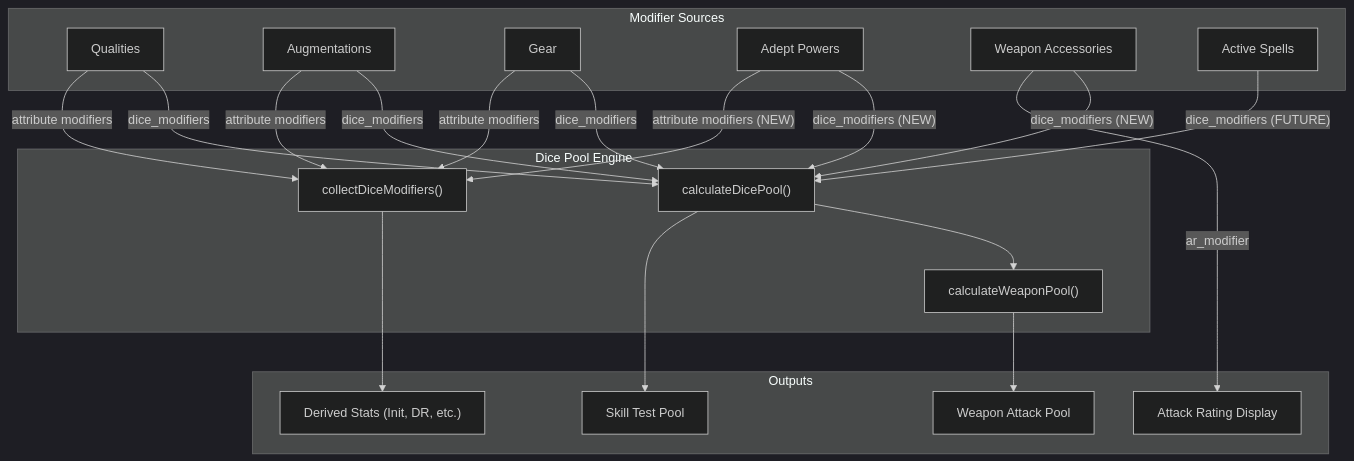
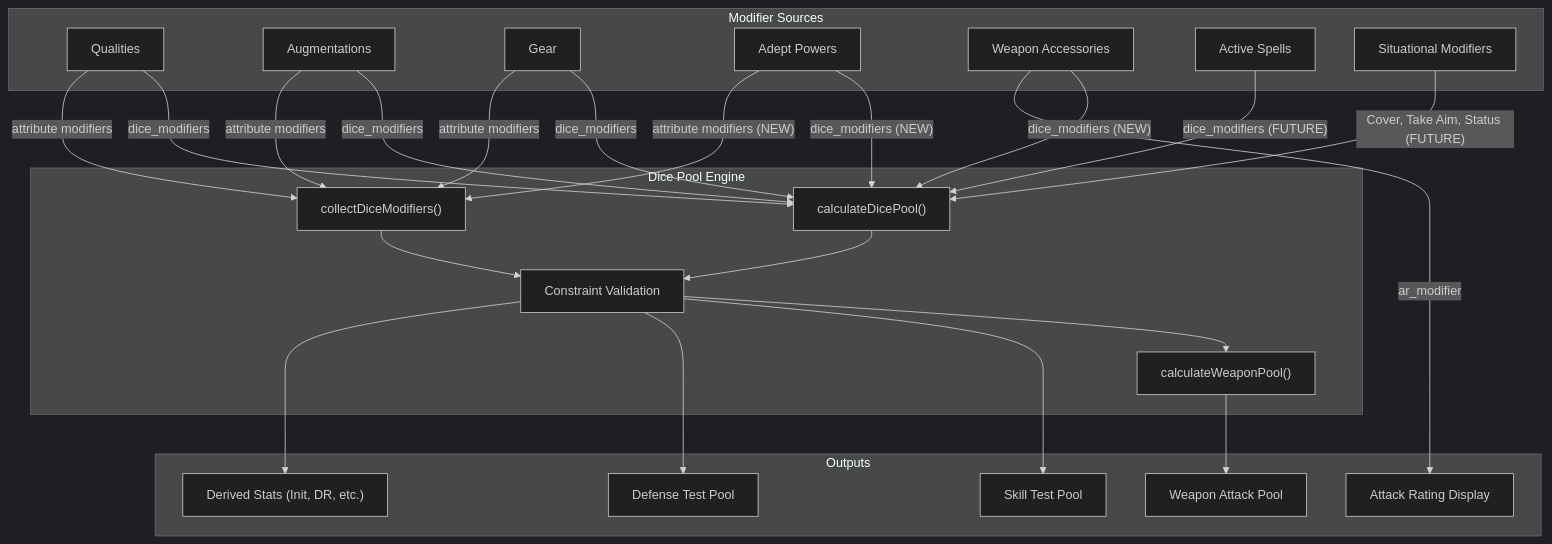
One commit to whazlewo/shadow-dice-forge changed the first of 2 diagrams in docs/dice-pool-architecture.md. Above: the diagram before and after it, drawn with Mermaid (dark theme). The commit also changed other lines of this file and 34 other files, not shown here.

````diff
--- a/docs/dice-pool-architecture.md
+++ b/docs/dice-pool-architecture.md
@@ -368,43 +501,50 @@
 ```mermaid
 flowchart TD
     subgraph sources [Modifier Sources]
         Q[Qualities]
         Aug[Augmentations]
         G[Gear]
         AP[Adept Powers]
         WA[Weapon Accessories]
         AS[Active Spells]
+        SM[Situational Modifiers]
     end
 
     subgraph pool [Dice Pool Engine]
         CDP["calculateDicePool()"]
         CWP["calculateWeaponPool()"]
         CDM["collectDiceModifiers()"]
+        CV["Constraint Validation"]
     end
 
     subgraph outputs [Outputs]
         SkillPool[Skill Test Pool]
         WeaponPool[Weapon Attack Pool]
+        DefPool["Defense Test Pool"]
         DerivedStats["Derived Stats (Init, DR, etc.)"]
         ARDisplay[Attack Rating Display]
     end
 
     Q -->|"dice_modifiers"| CDP
     Aug -->|"dice_modifiers"| CDP
     G -->|"dice_modifiers"| CDP
     AP -->|"dice_modifiers (NEW)"| CDP
     WA -->|"dice_modifiers (NEW)"| CDP
     AS -->|"dice_modifiers (FUTURE)"| CDP
+    SM -->|"Cover, Take Aim, Status (FUTURE)"| CDP
 
-    CDP --> CWP
+    CDP --> CV
+    CV --> CWP
     CWP --> WeaponPool
-    CDP --> SkillPool
+    CV --> SkillPool
+    CV --> DefPool
 
     Q -->|"attribute modifiers"| CDM
     Aug -->|"attribute modifiers"| CDM
     G -->|"attribute modifiers"| CDM
     AP -->|"attribute modifiers (NEW)"| CDM
-    CDM --> DerivedStats
+    CDM --> CV
+    CV --> DerivedStats
 
     WA -->|"ar_modifier"| ARDisplay
 ```
````
